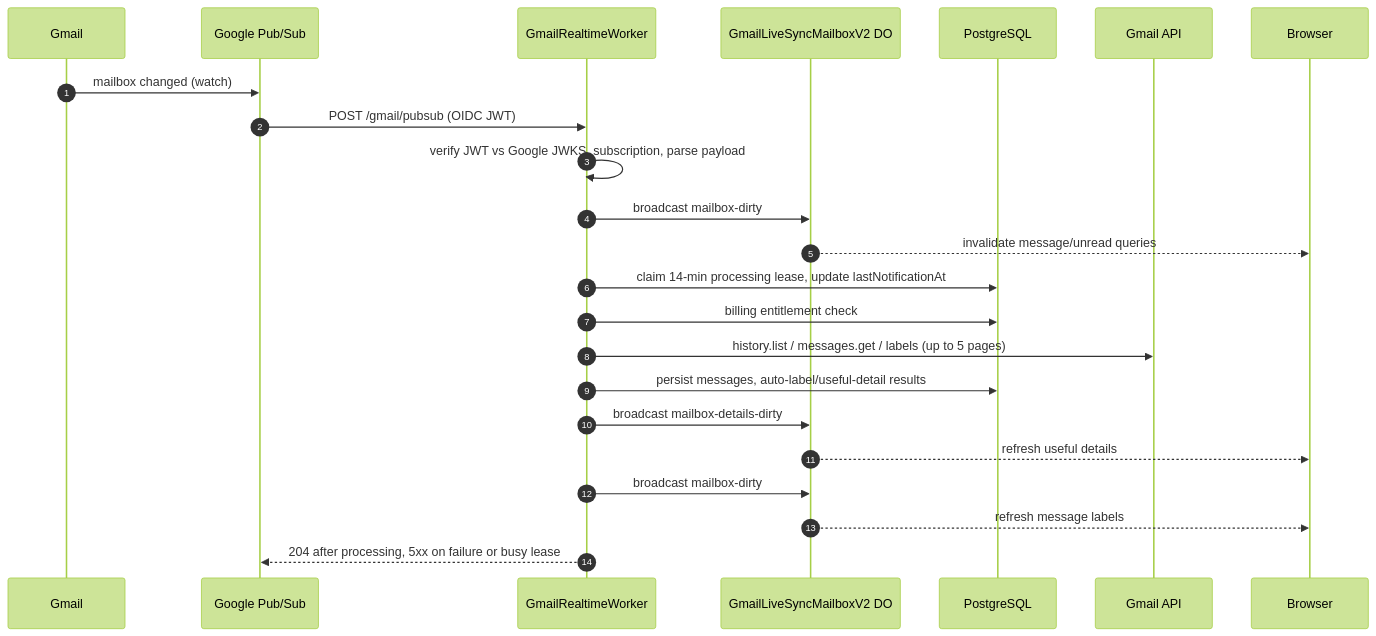
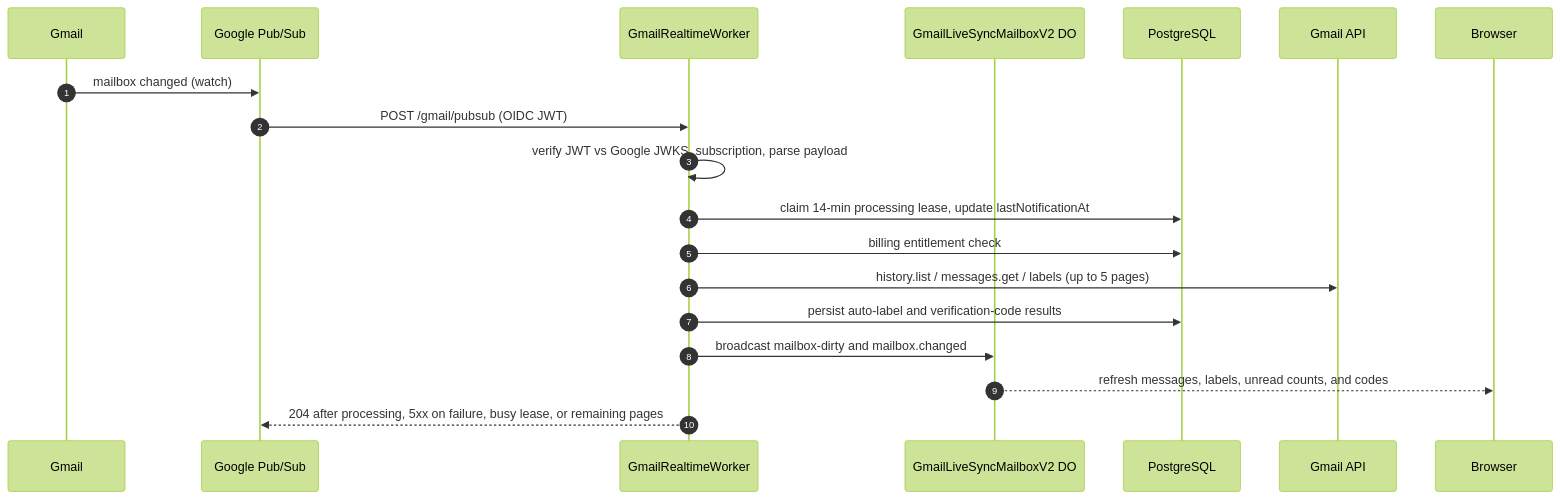
The second of 6 diagrams in docs/infrastructure-map.md (quieter-email/quieter), drawn with Mermaid (forest theme) before and after one commit. The commit also changed other lines of this file and 104 other files, not shown here.

````diff
--- a/docs/infrastructure-map.md
+++ b/docs/infrastructure-map.md
@@ -163,26 +153,22 @@
 ```mermaid
 sequenceDiagram
     autonumber
     participant G as Gmail
     participant P as Google Pub/Sub
     participant W as GmailRealtimeWorker
     participant D as GmailLiveSyncMailboxV2 DO
     participant DB as PostgreSQL
     participant A as Gmail API
     participant B as Browser
 
     G->>P: mailbox changed (watch)
     P->>W: POST /gmail/pubsub (OIDC JWT)
     W->>W: verify JWT vs Google JWKS, subscription, parse payload
-    W->>D: broadcast mailbox-dirty
-    D-->>B: invalidate message/unread queries
     W->>DB: claim 14-min processing lease, update lastNotificationAt
     W->>DB: billing entitlement check
     W->>A: history.list / messages.get / labels (up to 5 pages)
-    W->>DB: persist messages, auto-label/useful-detail results
-    W->>D: broadcast mailbox-details-dirty
-    D-->>B: refresh useful details
-    W->>D: broadcast mailbox-dirty
-    D-->>B: refresh message labels
-    W-->>P: 204 after processing, 5xx on failure or busy lease
+    W->>DB: persist auto-label and verification-code results
+    W->>D: broadcast mailbox-dirty and mailbox.changed
+    D-->>B: refresh messages, labels, unread counts, and codes
+    W-->>P: 204 after processing, 5xx on failure, busy lease, or remaining pages
 ```
````
